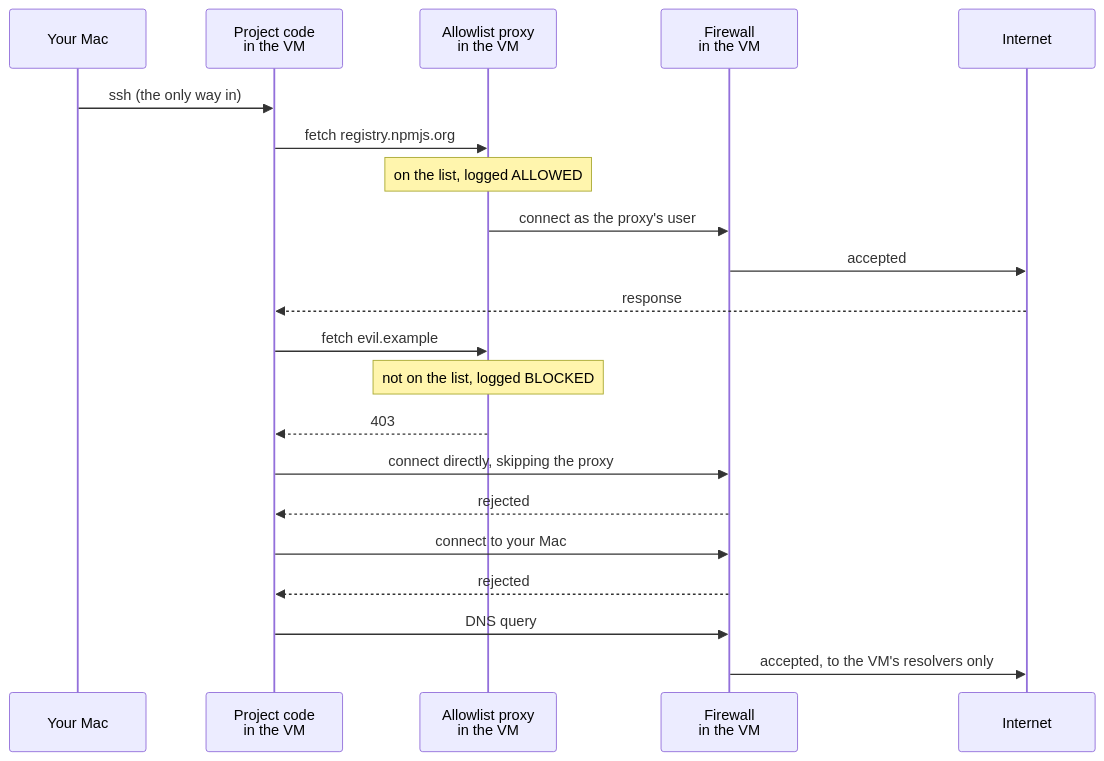
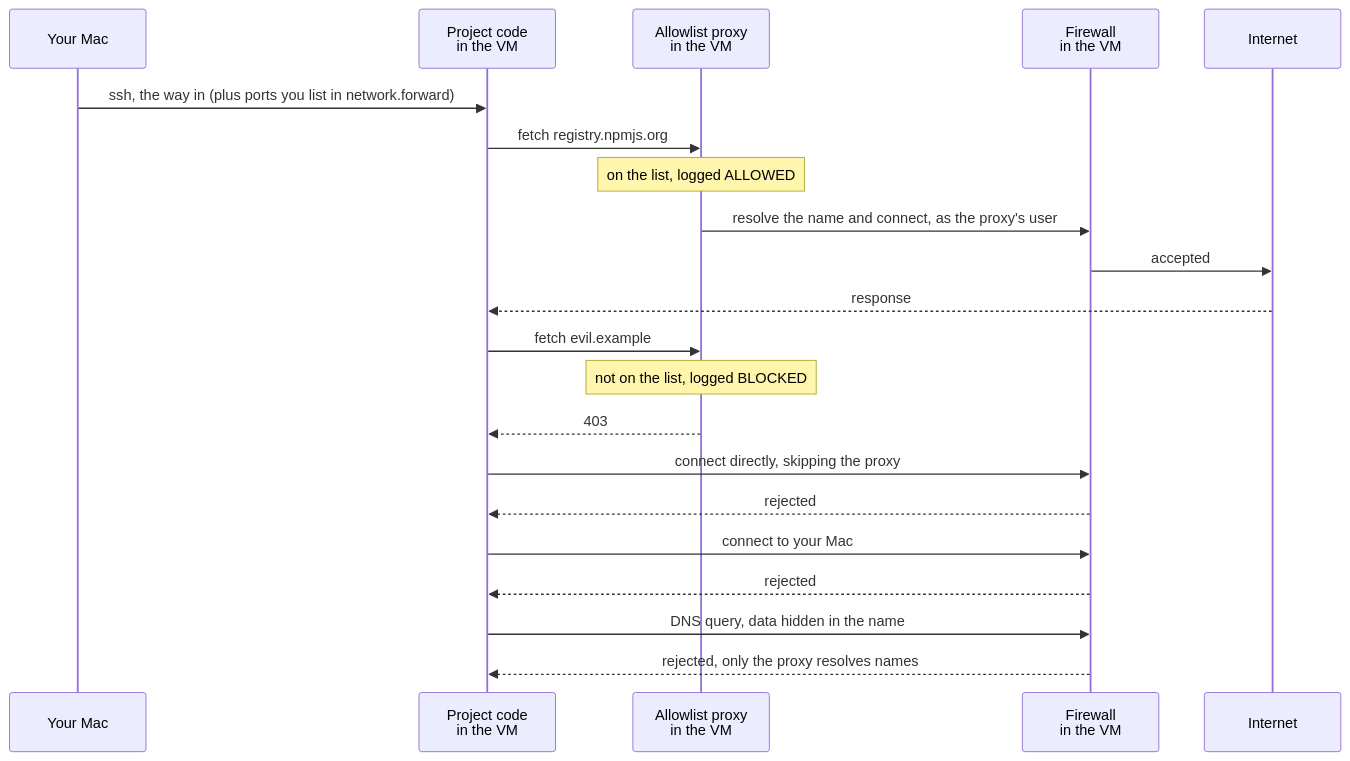
The diagram in README.md (jurajpiar/devkit), drawn with Mermaid before and after one commit. The commit also changed other lines of this file and 3 other files, not shown here.

First line of the commit message:
README: correct the DNS step, add the boot-window and tracked-flow vectors to the escape map

````diff
--- a/README.md
+++ b/README.md
@@ -73,29 +73,29 @@
 ```mermaid
 sequenceDiagram
     participant Mac as Your Mac
     participant Code as Project code<br/>in the VM
     participant Proxy as Allowlist proxy<br/>in the VM
     participant FW as Firewall<br/>in the VM
     participant Net as Internet
 
-    Mac->>Code: ssh (the only way in)
+    Mac->>Code: ssh, the way in (plus ports you list in network.forward)
 
     Code->>Proxy: fetch registry.npmjs.org
     Note over Proxy: on the list, logged ALLOWED
-    Proxy->>FW: connect as the proxy's user
+    Proxy->>FW: resolve the name and connect, as the proxy's user
     FW->>Net: accepted
     Net-->>Code: response
 
     Code->>Proxy: fetch evil.example
     Note over Proxy: not on the list, logged BLOCKED
     Proxy-->>Code: 403
 
     Code->>FW: connect directly, skipping the proxy
     FW-->>Code: rejected
 
     Code->>FW: connect to your Mac
     FW-->>Code: rejected
 
-    Code->>FW: DNS query
-    FW->>Net: accepted, to the VM's resolvers only
+    Code->>FW: DNS query, data hidden in the name
+    FW-->>Code: rejected, only the proxy resolves names
 ```
````
